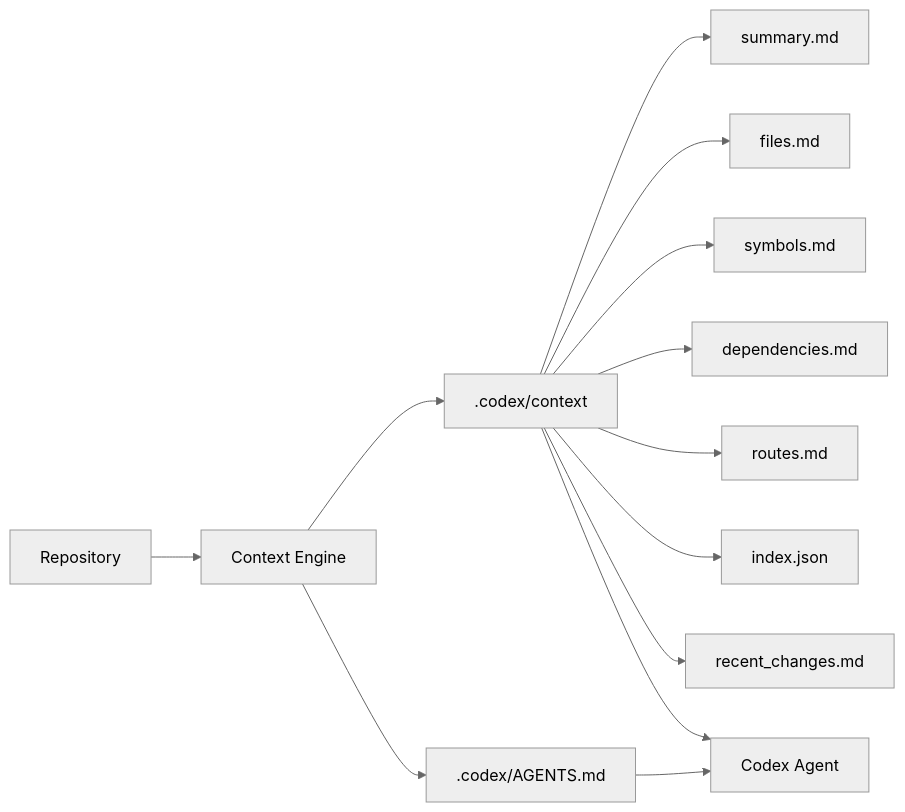
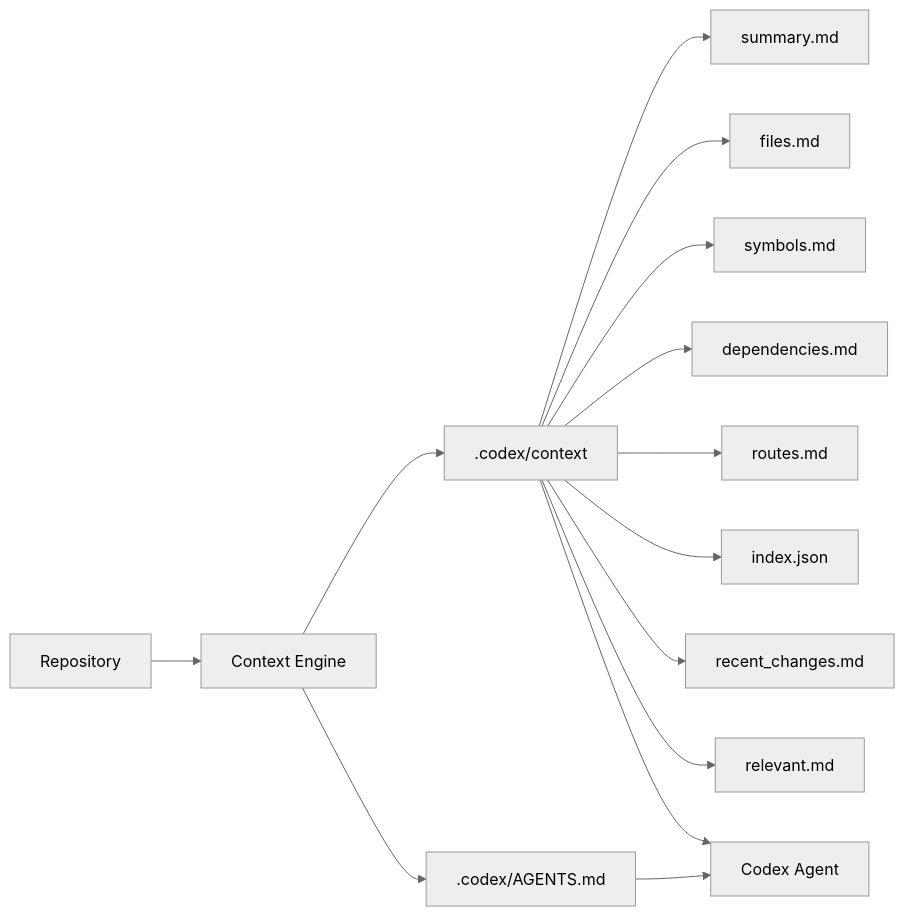
Before and after one commit to thamizharasan/codex-token-saver: the third of 3 diagrams in README.md, drawn with Mermaid (neutral theme). The commit also changed other lines of this file and 5 other files, not shown here.

````diff
--- a/README.md
+++ b/README.md
@@ -44,15 +45,16 @@
 ```mermaid
 flowchart LR
     A[Repository] --> B[Context Engine]
     B --> C[.codex/context]
     C --> D[summary.md]
     C --> E[files.md]
     C --> F[symbols.md]
     C --> G[dependencies.md]
     C --> H[routes.md]
     C --> I[index.json]
     C --> J[recent_changes.md]
+    C --> M[relevant.md]
     B --> K[.codex/AGENTS.md]
     K --> L[Codex Agent]
     C --> L
 ```
````
